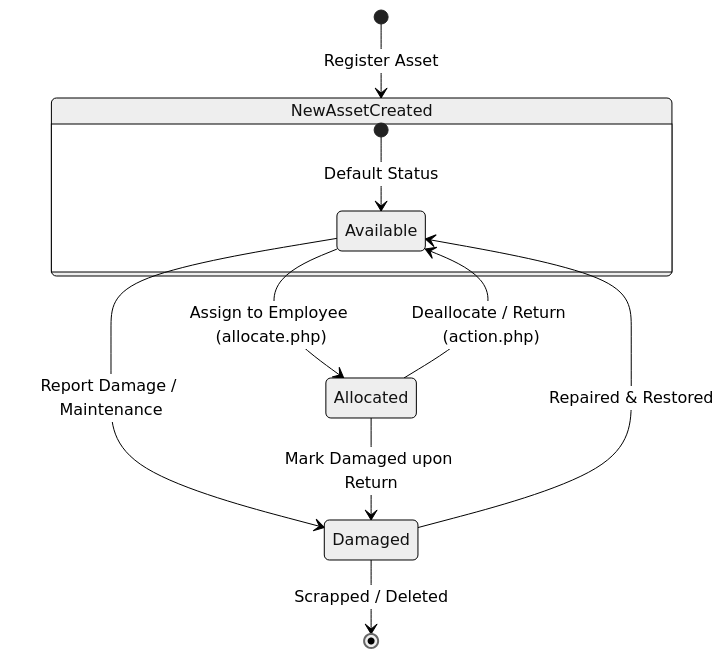
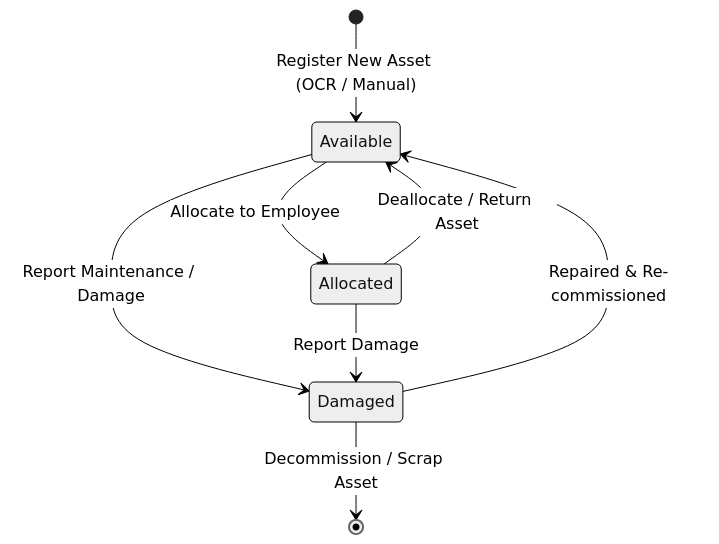
One commit to tusharmahapatra1234-ship-it/-IT-Asset-Management changed the third of 4 diagrams in README.md. Above: the diagram before and after it, drawn with Mermaid (neutral theme). The commit also changed other lines of this file, not shown here.

Commit message:
Update README.md with Node.js architecture, Chart.js analytics, REST API tables, and Mermaid diagrams

````diff
--- a/README.md
+++ b/README.md
@@ -97,15 +76,10 @@
 ```mermaid
 stateDiagram-v2
-    [*] --> NewAssetCreated : Register Asset
-
-    state NewAssetCreated {
-        [*] --> Available : Default Status
-    }
-
-    Available --> Allocated : Assign to Employee (allocate.php)
-    Allocated --> Available : Deallocate / Return (action.php)
-    Available --> Damaged : Report Damage / Maintenance
-    Allocated --> Damaged : Mark Damaged upon Return
-    Damaged --> Available : Repaired & Restored
-    Damaged --> [*] : Scrapped / Deleted
+    [*] --> Available: Register New Asset (OCR / Manual)
+    Available --> Allocated: Allocate to Employee
+    Allocated --> Available: Deallocate / Return Asset
+    Available --> Damaged: Report Maintenance / Damage
+    Allocated --> Damaged: Report Damage
+    Damaged --> Available: Repaired & Re-commissioned
+    Damaged --> [*]: Decommission / Scrap Asset
 ```
````
